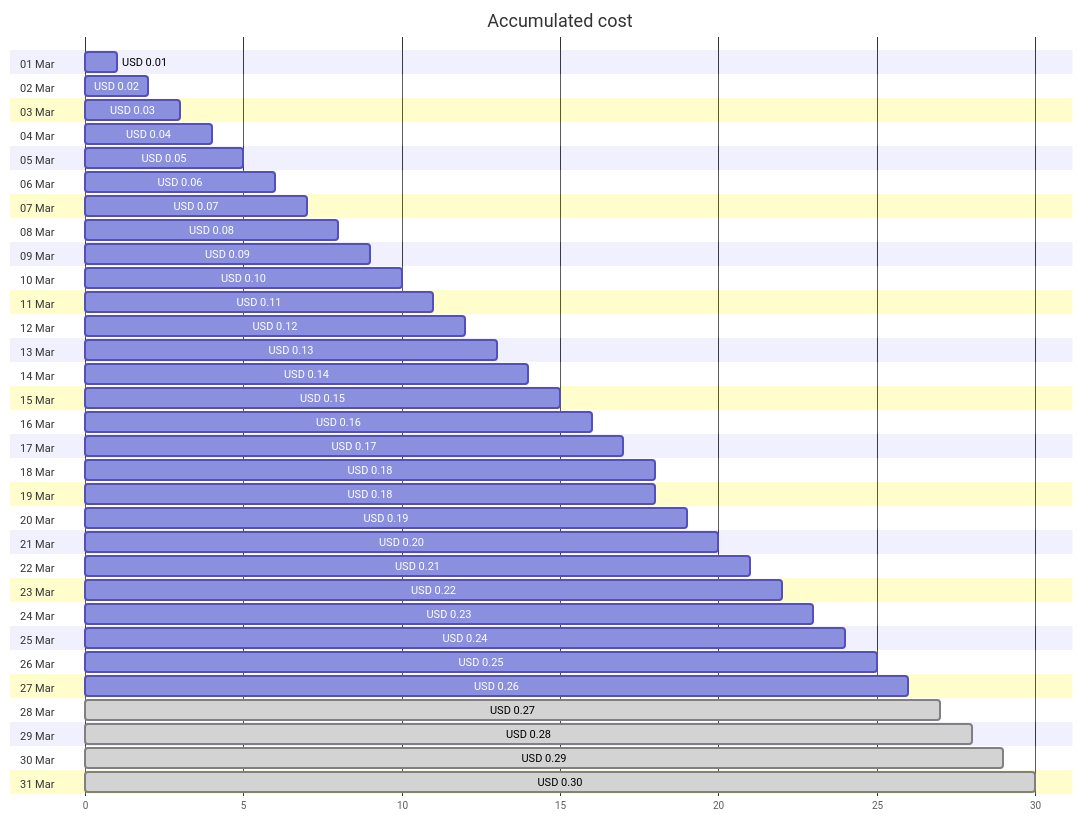
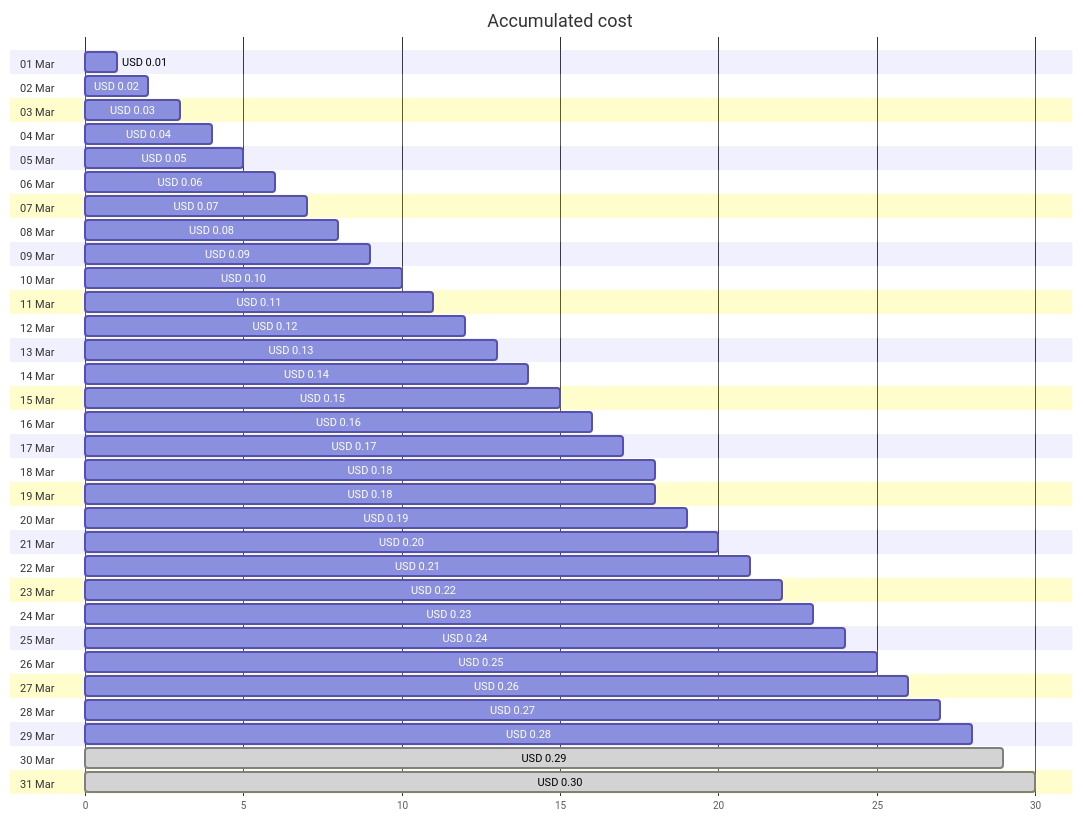
The first of 4 diagrams in cost-reports/cloud-shell-storage-eastus/README.md (jpfulton/azure-personal-reports), drawn with Mermaid before and after one commit. The commit also changed other lines of this file and 1 other file, not shown here.

````diff
--- a/cost-reports/cloud-shell-storage-eastus/README.md
+++ b/cost-reports/cloud-shell-storage-eastus/README.md
@@ -20,68 +20,68 @@
 ```mermaid
 gantt
    title Accumulated cost
    dateFormat  X
    axisFormat %s
    section 01 Mar
    USD 0.01 :0, 1
    section 02 Mar
    USD 0.02 :0, 2
    section 03 Mar
    USD 0.03 :0, 3
    section 04 Mar
    USD 0.04 :0, 4
    section 05 Mar
    USD 0.05 :0, 5
    section 06 Mar
    USD 0.06 :0, 6
    section 07 Mar
    USD 0.07 :0, 7
    section 08 Mar
    USD 0.08 :0, 8
    section 09 Mar
    USD 0.09 :0, 9
    section 10 Mar
    USD 0.10 :0, 10
    section 11 Mar
    USD 0.11 :0, 11
    section 12 Mar
    USD 0.12 :0, 12
    section 13 Mar
    USD 0.13 :0, 13
    section 14 Mar
    USD 0.14 :0, 14
    section 15 Mar
    USD 0.15 :0, 15
    section 16 Mar
    USD 0.16 :0, 16
    section 17 Mar
    USD 0.17 :0, 17
    section 18 Mar
    USD 0.18 :0, 18
    section 19 Mar
    USD 0.18 :0, 18
    section 20 Mar
    USD 0.19 :0, 19
    section 21 Mar
    USD 0.20 :0, 20
    section 22 Mar
    USD 0.21 :0, 21
    section 23 Mar
    USD 0.22 :0, 22
    section 24 Mar
    USD 0.23 :0, 23
    section 25 Mar
    USD 0.24 :0, 24
    section 26 Mar
    USD 0.25 :0, 25
    section 27 Mar
    USD 0.26 :0, 26
    section 28 Mar
-   USD 0.27 : done, 0, 27
+   USD 0.27 :0, 27
    section 29 Mar
-   USD 0.28 : done, 0, 28
+   USD 0.28 :0, 28
    section 30 Mar
    USD 0.29 : done, 0, 29
    section 31 Mar
    USD 0.30 : done, 0, 30
 ```
````
